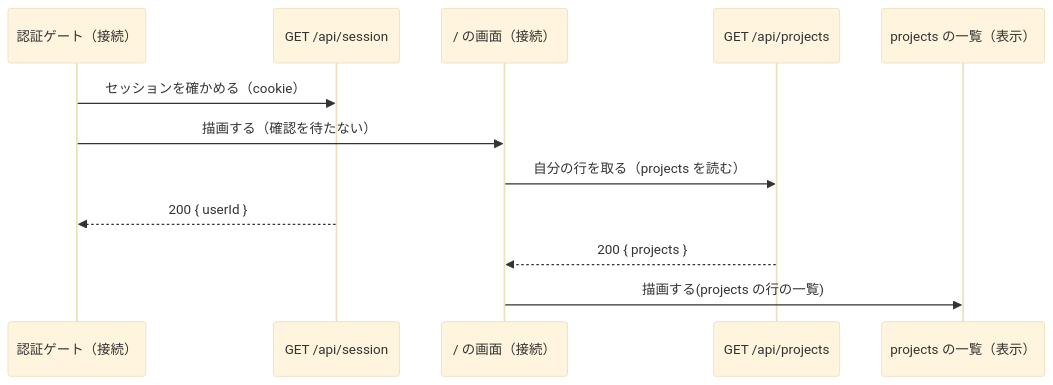
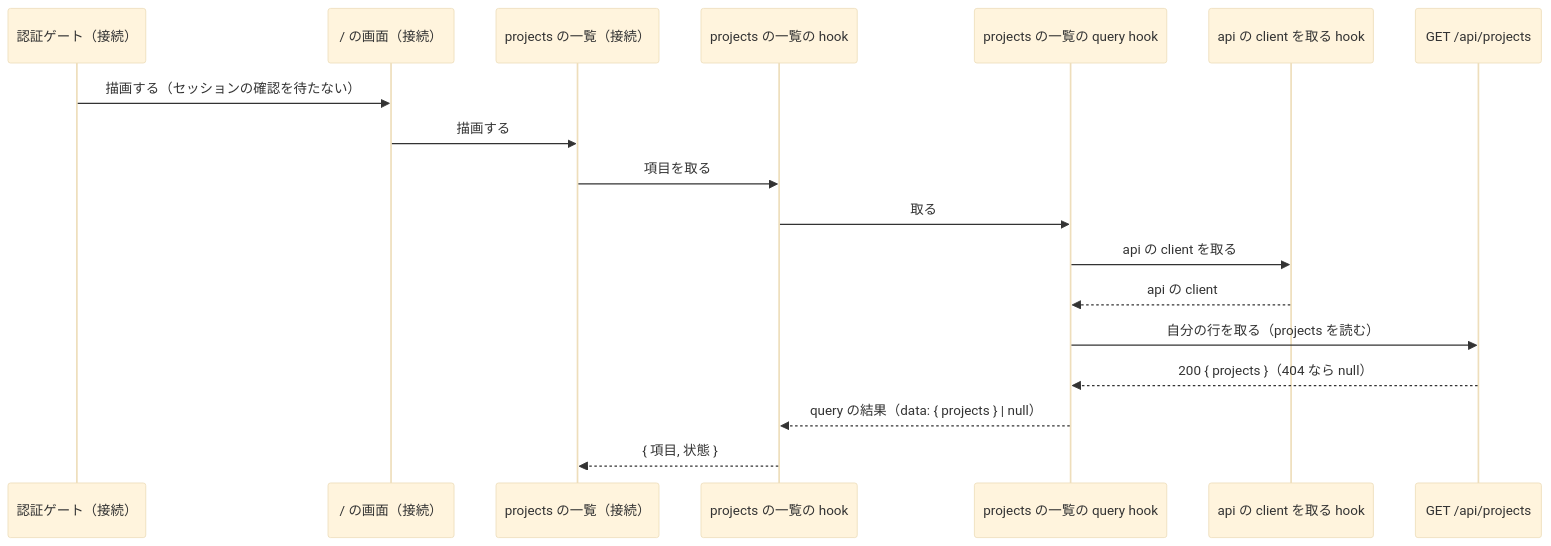
The third of 11 diagrams in docs/superpowers/specs/2026-10-06-owner-viewer-design/README.md (taiki-kuraishi/karibari), drawn with Mermaid (base theme) before and after one commit. The commit also changed other lines of this file and 17 other files, not shown here.

````diff
--- a/docs/superpowers/specs/2026-10-06-owner-viewer-design/README.md
+++ b/docs/superpowers/specs/2026-10-06-owner-viewer-design/README.md
@@ -78,14 +92,20 @@
 ```mermaid
 sequenceDiagram
   participant Gate as 認証ゲート（接続）
-  participant Sess as GET /api/session
   participant Home as / の画面（接続）
+  participant List as projects の一覧（接続）
+  participant Hook as projects の一覧の hook
+  participant QHook as projects の一覧の query hook
+  participant Cli as api の client を取る hook
   participant Projects as GET /api/projects
-  participant List as projects の一覧（表示）
-  Gate->>Sess: セッションを確かめる（cookie）
-  Gate->>Home: 描画する（確認を待たない）
-  Home->>Projects: 自分の行を取る（projects を読む）
-  Sess-->>Gate: 200 { userId }
-  Projects-->>Home: 200 { projects }
-  Home->>List: 描画する(projects の行の一覧)
+  Gate->>Home: 描画する（セッションの確認を待たない）
+  Home->>List: 描画する
+  List->>Hook: 項目を取る
+  Hook->>QHook: 取る
+  QHook->>Cli: api の client を取る
+  Cli-->>QHook: api の client
+  QHook->>Projects: 自分の行を取る（projects を読む）
+  Projects-->>QHook: 200 { projects }（404 なら null）
+  QHook-->>Hook: query の結果（data: { projects } | null）
+  Hook-->>List: { 項目, 状態 }
 ```
````
